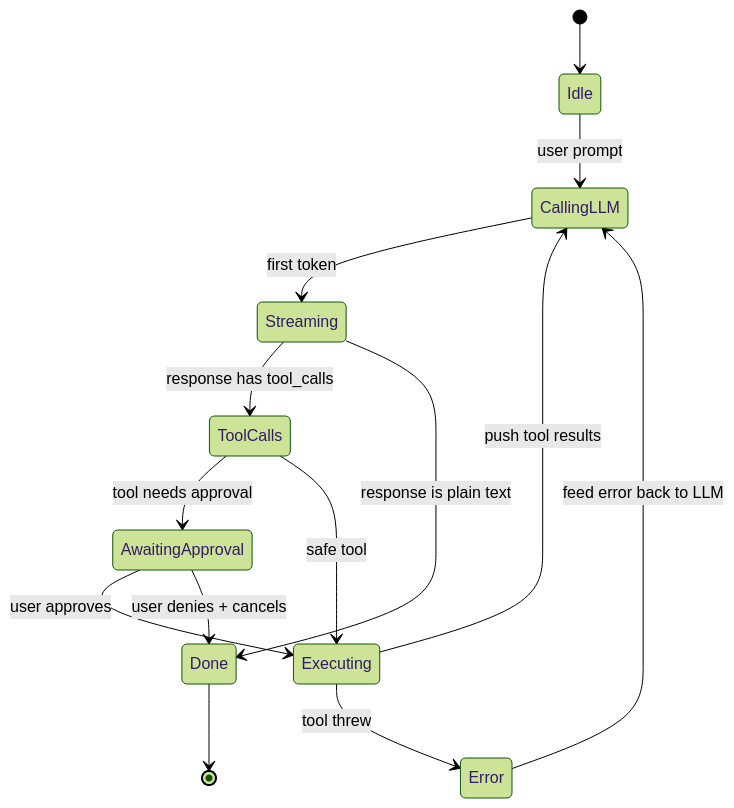
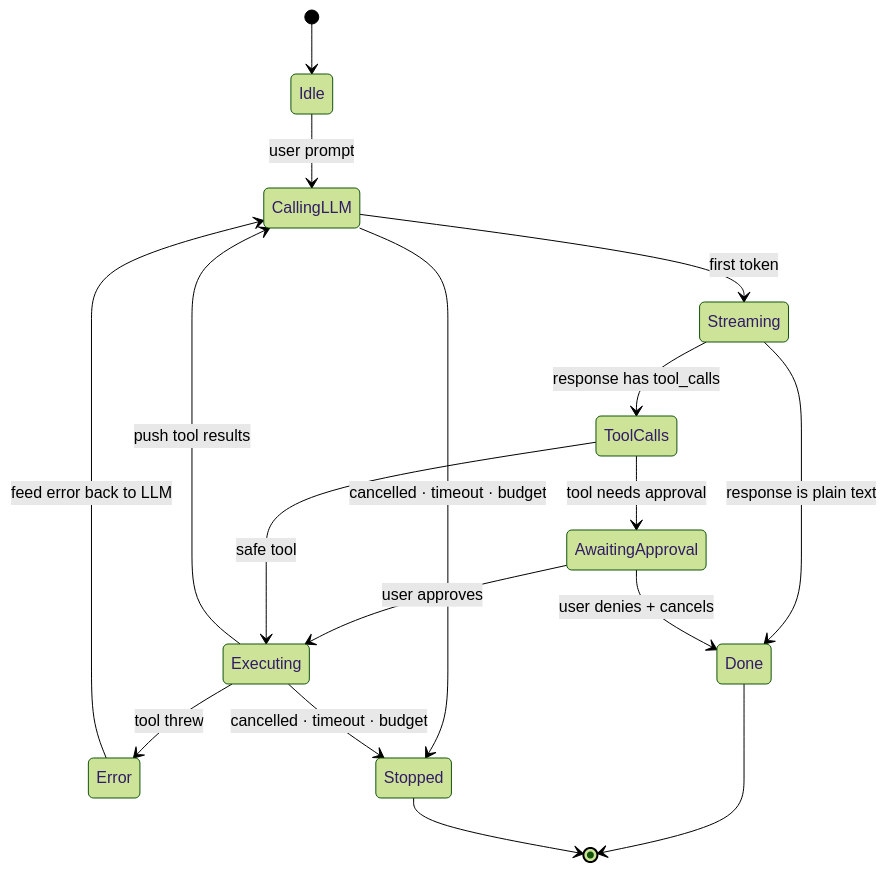
One commit to vibhuxyz/Appwright changed the first of 3 diagrams in docs/ARCHITECTURE.md. Above: the diagram before and after it, drawn with Mermaid (forest theme). The commit also changed other lines of this file and 30 other files, not shown here.

````diff
--- a/docs/ARCHITECTURE.md
+++ b/docs/ARCHITECTURE.md
@@ -215,16 +236,20 @@
 ```mermaid
 stateDiagram-v2
     [*] --> Idle
     Idle --> CallingLLM: user prompt
     CallingLLM --> Streaming: first token
     Streaming --> ToolCalls: response has tool_calls
     Streaming --> Done: response is plain text
     ToolCalls --> AwaitingApproval: tool needs approval
     AwaitingApproval --> Executing: user approves
     AwaitingApproval --> Done: user denies + cancels
     ToolCalls --> Executing: safe tool
     Executing --> CallingLLM: push tool results
     Executing --> Error: tool threw
     Error --> CallingLLM: feed error back to LLM
     Done --> [*]
+
+    CallingLLM --> Stopped: cancelled · timeout · budget
+    Executing --> Stopped: cancelled · timeout · budget
+    Stopped --> [*]
 ```
````
